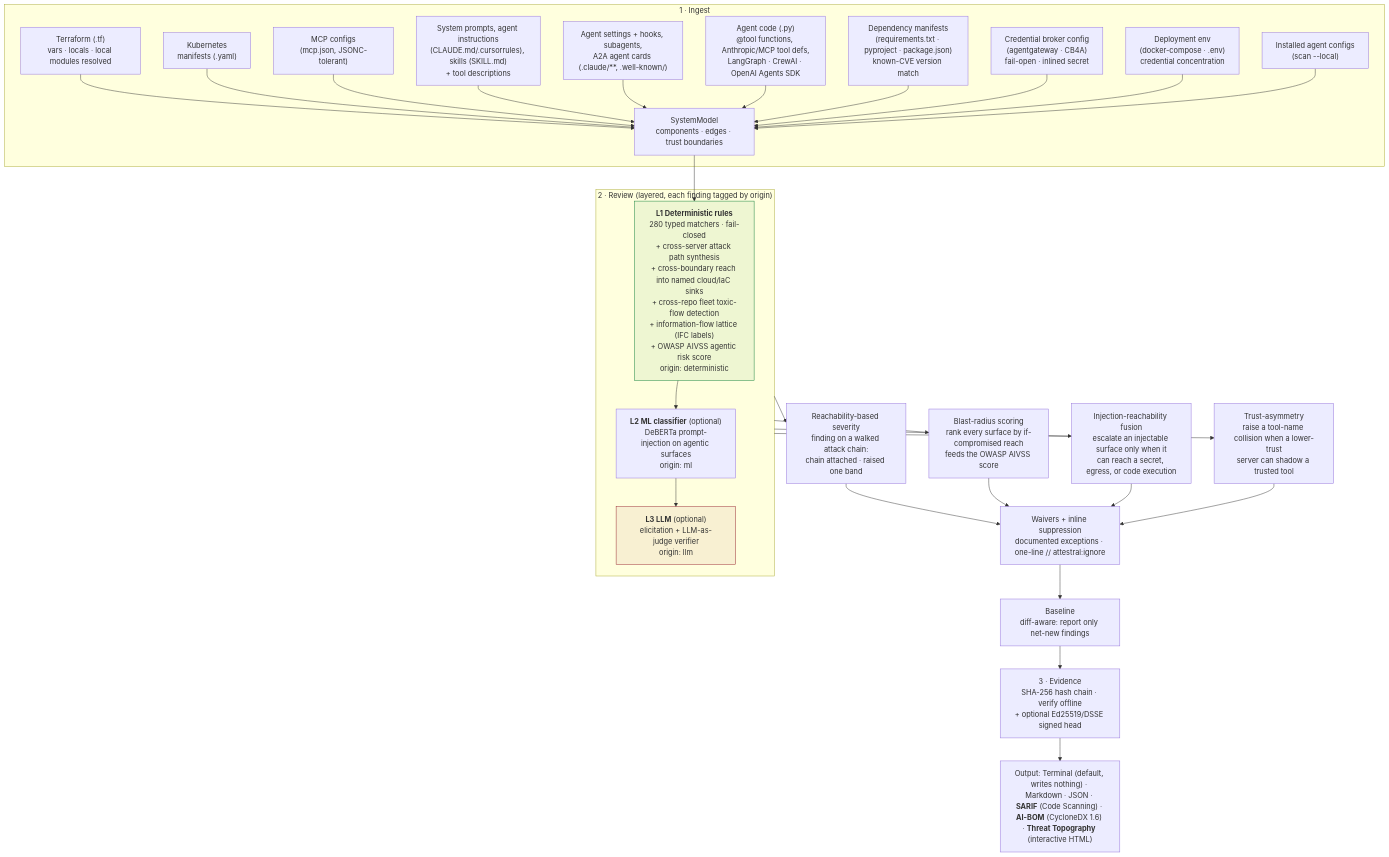
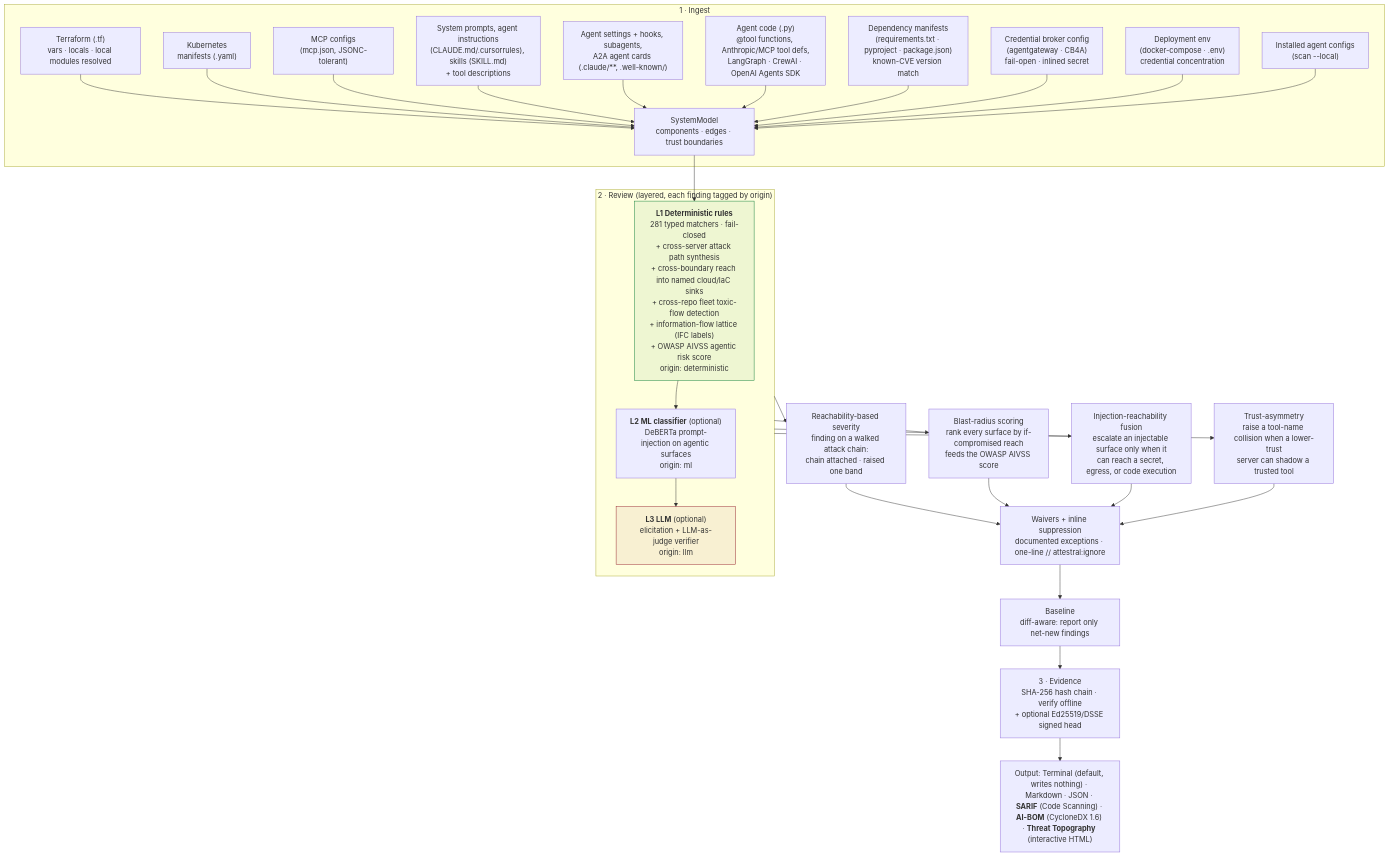
Before and after one commit to attestral-labs/attestral: the first of 5 diagrams in README.md, drawn with Mermaid. The commit also changed other lines of this file and 10 other files, not shown here.

````diff
--- a/README.md
+++ b/README.md
@@ -124,36 +124,36 @@
 ```mermaid
 flowchart TB
     subgraph ING["1 · Ingest"]
         TF["Terraform (.tf)<br/>vars · locals · local modules resolved"] --> M
         K8S["Kubernetes<br/>manifests (.yaml)"] --> M
         MCP["MCP configs<br/>(mcp.json, JSONC-tolerant)"] --> M
         SP["System prompts, agent instructions<br/>(CLAUDE.md/.cursorrules), skills (SKILL.md)<br/>+ tool descriptions"] --> M
         AC["Agent settings + hooks, subagents,<br/>A2A agent cards (.claude/**, .well-known/)"] --> M
         CODE["Agent code (.py)<br/>@tool functions, Anthropic/MCP tool defs,<br/>LangGraph · CrewAI · OpenAI Agents SDK"] --> M
         DEP["Dependency manifests<br/>(requirements.txt · pyproject · package.json)<br/>known-CVE version match"] --> M
         GW["Credential broker config<br/>(agentgateway · CB4A)<br/>fail-open · inlined secret"] --> M
         DENV["Deployment env<br/>(docker-compose · .env)<br/>credential concentration"] --> M
         LC["Installed agent configs<br/>(scan --local)"] --> M
         M["SystemModel<br/>components · edges · trust boundaries"]
     end
     M --> L1
     subgraph REV["2 · Review (layered, each finding tagged by origin)"]
-        L1["<b>L1 Deterministic rules</b><br/>280 typed matchers · fail-closed<br/>+ cross-server attack path synthesis<br/>+ cross-boundary reach into named cloud/IaC sinks<br/>+ cross-repo fleet toxic-flow detection<br/>+ information-flow lattice (IFC labels)<br/>+ OWASP AIVSS agentic risk score<br/>origin: deterministic"]
+        L1["<b>L1 Deterministic rules</b><br/>281 typed matchers · fail-closed<br/>+ cross-server attack path synthesis<br/>+ cross-boundary reach into named cloud/IaC sinks<br/>+ cross-repo fleet toxic-flow detection<br/>+ information-flow lattice (IFC labels)<br/>+ OWASP AIVSS agentic risk score<br/>origin: deterministic"]
         L2["<b>L2 ML classifier</b> (optional)<br/>DeBERTa prompt-injection on agentic surfaces<br/>origin: ml"]
         L3["<b>L3 LLM</b> (optional)<br/>elicitation + LLM-as-judge verifier<br/>origin: llm"]
         L1 --> L2 --> L3
     end
     REV --> RS["Reachability-based severity<br/>finding on a walked attack chain:<br/>chain attached · raised one band"]
     REV --> BR["Blast-radius scoring<br/>rank every surface by if-compromised reach<br/>feeds the OWASP AIVSS score"]
     REV --> IR["Injection-reachability fusion<br/>escalate an injectable surface only when it<br/>can reach a secret, egress, or code execution"]
     REV --> TA["Trust-asymmetry<br/>raise a tool-name collision when a lower-trust<br/>server can shadow a trusted tool"]
     RS --> W["Waivers + inline suppression<br/>documented exceptions · one-line // attestral:ignore"]
     BR --> W
     IR --> W
     TA --> W
     W --> BL["Baseline<br/>diff-aware: report only net-new findings"]
     BL --> EV["3 · Evidence<br/>SHA-256 hash chain · verify offline<br/>+ optional Ed25519/DSSE signed head"]
     EV --> OUT["Output: Terminal (default, writes nothing) · Markdown · JSON · <b>SARIF</b> (Code Scanning) · <b>AI-BOM</b> (CycloneDX 1.6) · <b>Threat Topography</b> (interactive HTML)"]
     style L1 fill:#0a7d3611,stroke:#0a7d36
     style L3 fill:#96222E11,stroke:#96222E
 ```
````
